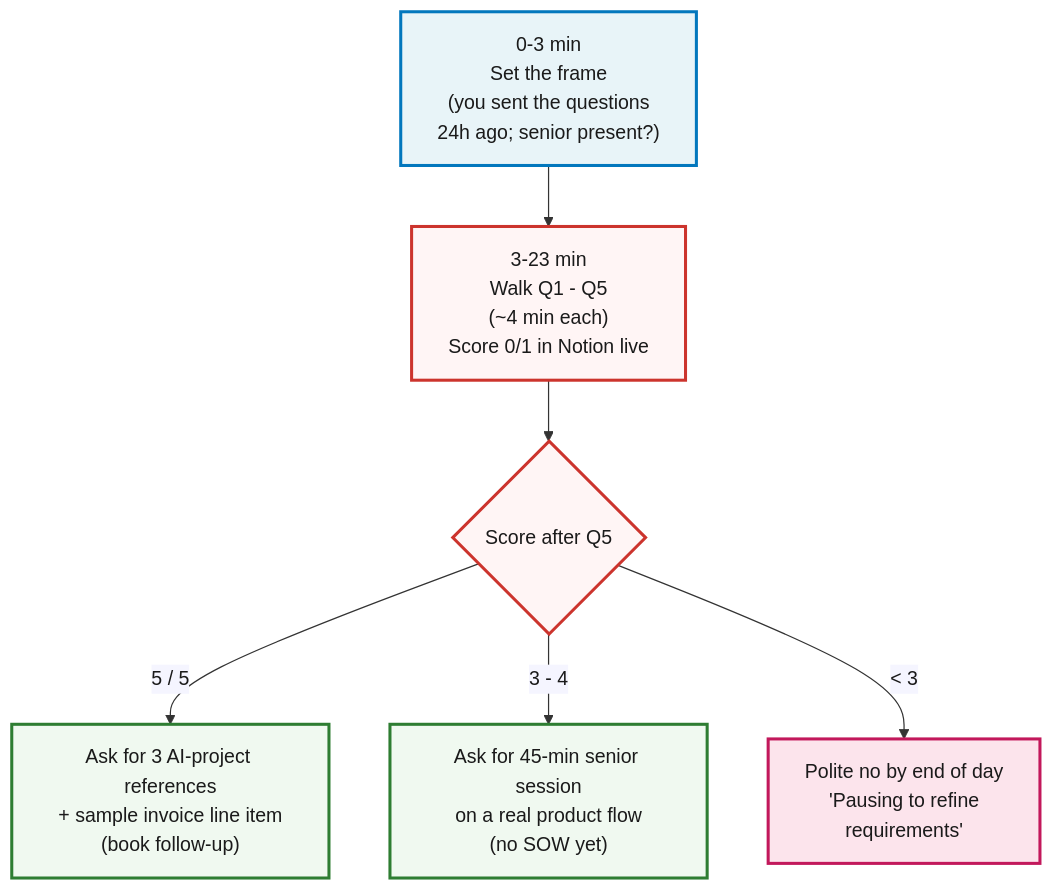
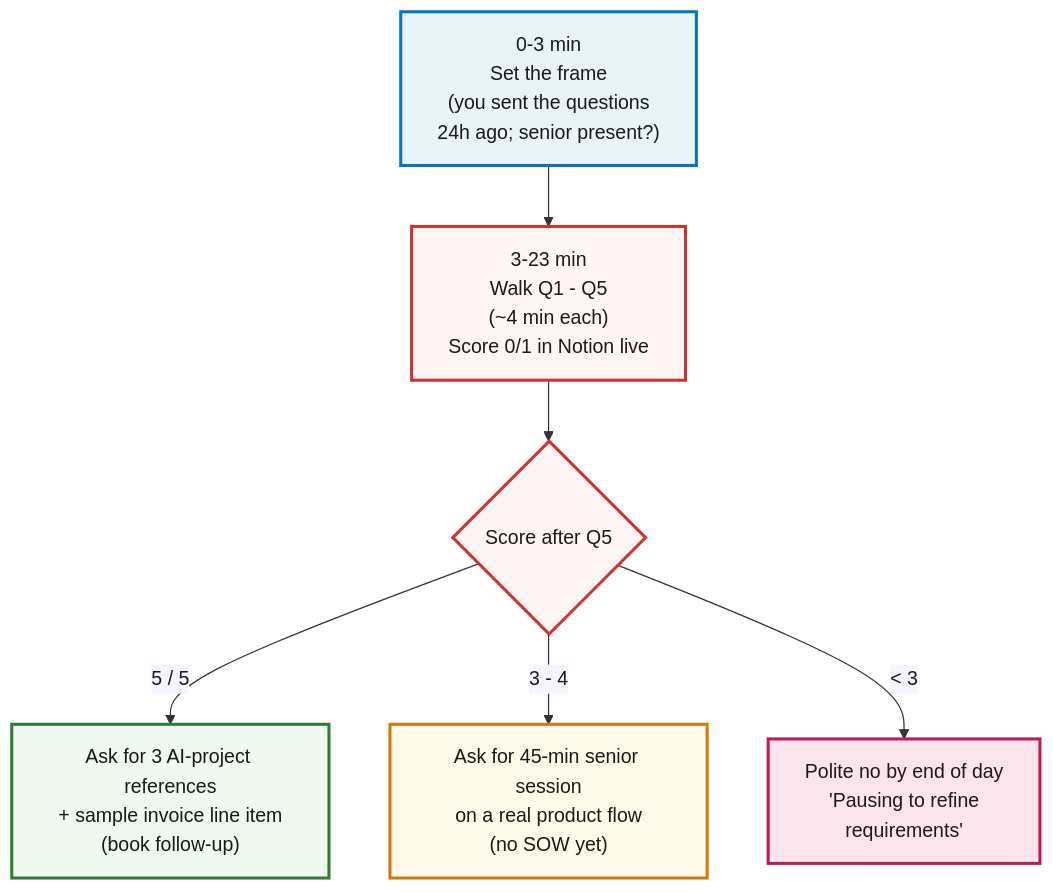
Before and after one commit to jetthoughts/jetthoughts.github.io: the diagram in content/course/tech-for-non-technical-founders-2026/agency-uses-ai-follow-up-questions/index.md, drawn with Mermaid. The commit also changed 27 other files, not shown here.

````diff
--- a/content/course/tech-for-non-technical-founders-2026/agency-uses-ai-follow-up-questions/index.md
+++ b/content/course/tech-for-non-technical-founders-2026/agency-uses-ai-follow-up-questions/index.md
@@ -152,18 +152,20 @@
 ```mermaid
 %%{init: {'theme':'base', 'themeVariables': {'fontFamily':'Caveat, Patrick Hand, Comic Sans MS, cursive', 'primaryColor':'#fff5f5', 'primaryBorderColor':'#cc342d', 'lineColor':'#333', 'primaryTextColor':'#1a1a1a'}}}%%
 flowchart TD
     A["0-3 min<br/>Set the frame<br/>(you sent the questions<br/>24h ago; senior present?)"]
     A --> B["3-23 min<br/>Walk Q1 - Q5<br/>(~4 min each)<br/>Score 0/1 in Notion live"]
     B --> C{"Score after Q5"}
     C -->|"5 / 5"| D["Ask for 3 AI-project references<br/>+ sample invoice line item<br/>(book follow-up)"]
     C -->|"3 - 4"| E["Ask for 45-min senior session<br/>on a real product flow<br/>(no SOW yet)"]
     C -->|"&lt; 3"| F["Polite no by end of day<br/>'Pausing to refine<br/>requirements'"]
     classDef intro fill:#e8f4f8,stroke:#0277bd,stroke-width:2.5px,color:#1a1a1a
     classDef body fill:#fff5f5,stroke:#cc342d,stroke-width:2.5px,color:#1a1a1a
     classDef pass fill:#f0f9f0,stroke:#2e7d32,stroke-width:2.5px,color:#1a1a1a
+    classDef cond fill:#fffbeb,stroke:#d97706,stroke-width:2.5px,color:#1a1a1a
     classDef fail fill:#fce4ec,stroke:#c2185b,stroke-width:2.5px,color:#1a1a1a
     class A intro
     class B,C body
-    class D,E pass
+    class D pass
+    class E cond
     class F fail
 ```
````
